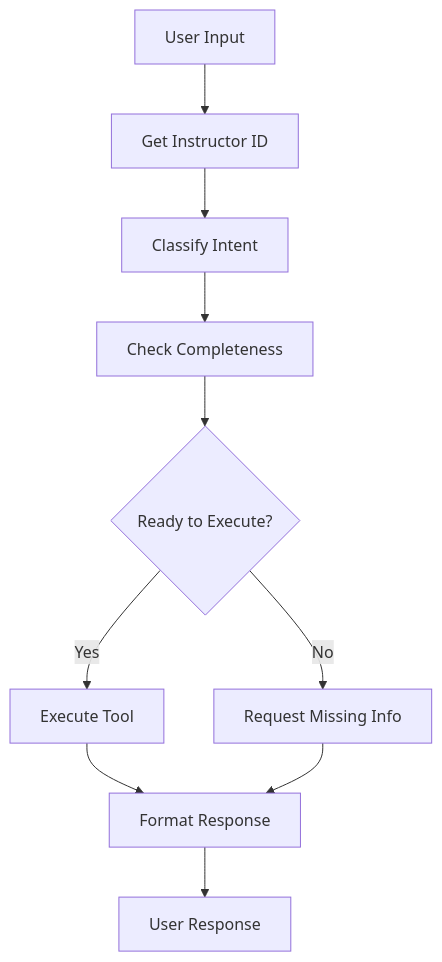
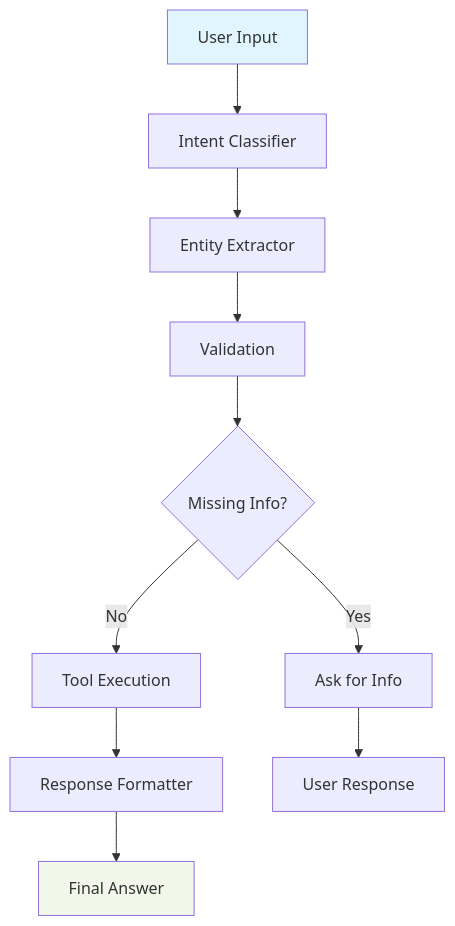
One commit to Sribhuvan-25/Health-Agent changed the diagram in README.md. Above: the diagram before and after it, drawn with Mermaid. The commit also changed other lines of this file and 13 other files, not shown here.

````diff
--- a/README.md
+++ b/README.md
@@ -162,12 +37,15 @@
 ```mermaid
 graph TD
-    A[User Input] --> B[Get Instructor ID]
-    B --> C[Classify Intent]
-    C --> D[Check Completeness]
-    D --> E{Ready to Execute?}
-    E -->|Yes| F[Execute Tool]
-    E -->|No| G[Request Missing Info]
-    F --> H[Format Response]
-    G --> H
-    H --> I[User Response]
+    A[User Input] --> B[Intent Classifier]
+    B --> C[Entity Extractor]
+    C --> D[Validation]
+    D --> E{Missing Info?}
+    E -->|Yes| F[Ask for Info]
+    E -->|No| G[Tool Execution]
+    G --> H[Response Formatter]
+    F --> I[User Response]
+    H --> J[Final Answer]
+    
+    style A fill:#e1f5fe
+    style J fill:#f1f8e9
 ```
````
